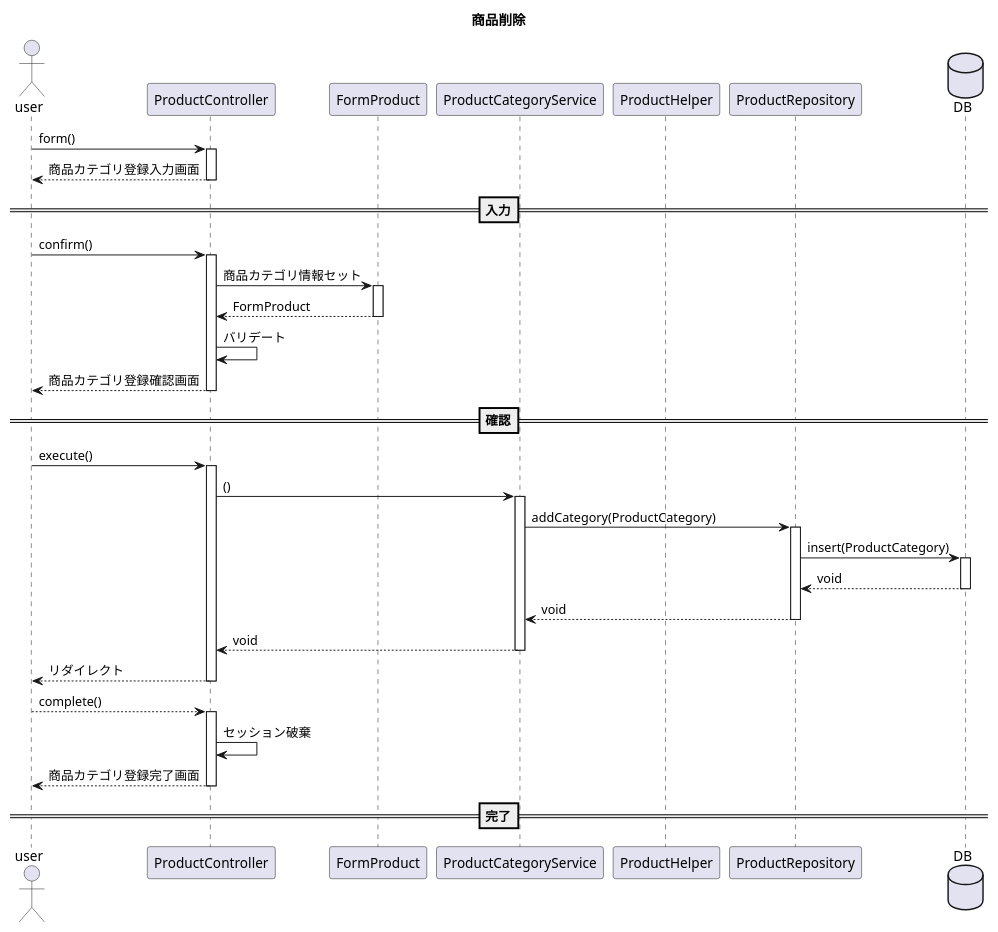
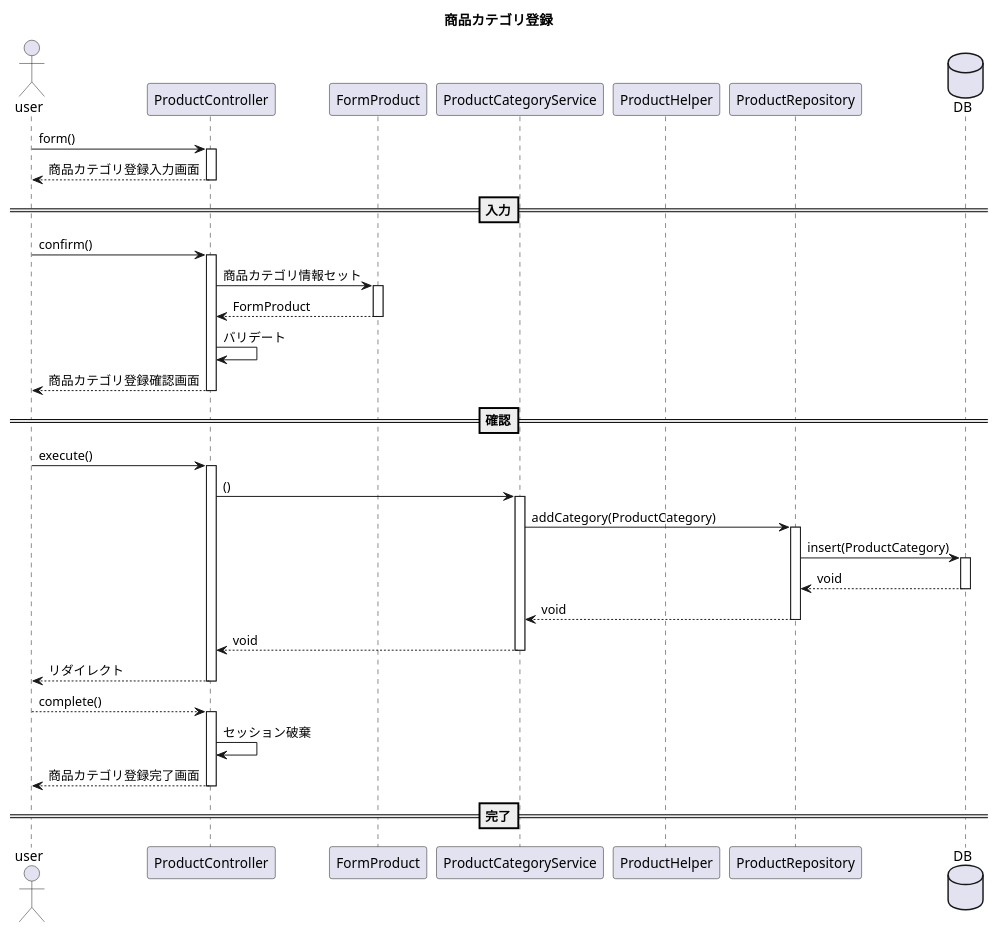
One commit to kanavii3333/ec-b changed the diagram in plan/uml/sequence/uc014.plantuml. Above: the diagram before and after it, drawn with PlantUML.

Commit message:
uc014.plantuml

```diff
--- a/plan/uml/sequence/uc014.plantuml
+++ b/plan/uml/sequence/uc014.plantuml
@@ -1,33 +1,33 @@
 @startuml
-title 商品削除
+title 商品カテゴリ登録
 actor user
 participant ProductController as Controller
 participant FormProduct as Form
 participant ProductCategoryService as Service
 participant ProductHelper as Helper
 participant ProductRepository as Repository
 database DB
 
 
 user -> Controller++:form()
 user <-- Controller--:商品カテゴリ登録入力画面
 ==入力==
 user -> Controller++:confirm()
 Controller -> Form++:商品カテゴリ情報セット
 Controller <-- Form--:FormProduct
 Controller -> Controller:バリデート
 user <-- Controller--:商品カテゴリ登録確認画面
 ==確認==
 user -> Controller++:execute()
 Controller -> Service++:()
 Service -> Repository++:addCategory(ProductCategory)
 Repository -> DB++:insert(ProductCategory)
 Repository <-- DB--:void
 Service <-- Repository--:void
 Controller <-- Service--:void
 user <-- Controller--:リダイレクト
 user --> Controller++:complete()
 Controller -> Controller:セッション破棄
 user <-- Controller--:商品カテゴリ登録完了画面
 ==完了==
 @enduml
```
